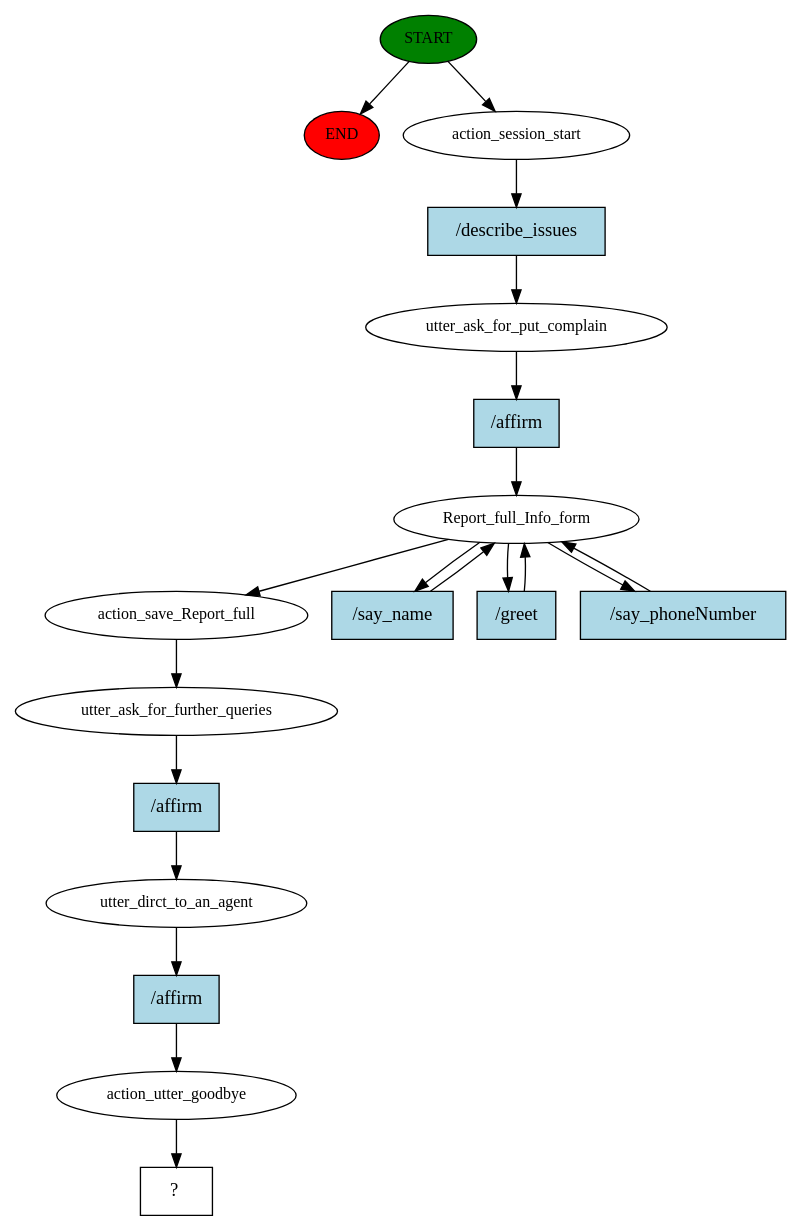
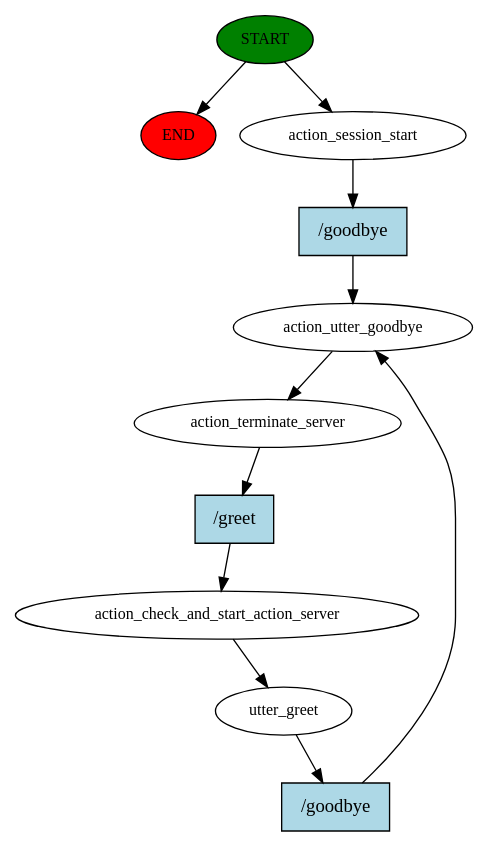
The diagram in rasaproject8/story_graph.dot (SewminaFernando/AggroDetect), drawn with Graphviz before and after one commit. The commit also changed 493 other files, not shown here.

Commit message:
adda new custom action to terminate the sever

```diff
--- a/rasaproject8/story_graph.dot
+++ b/rasaproject8/story_graph.dot
@@ -1,38 +1,22 @@
 digraph  {
 0 [class="start active", fillcolor=green, fontsize=12, label=START, style=filled];
 "-1" [class=end, fillcolor=red, fontsize=12, label=END, style=filled];
 1 [class=active, fontsize=12, label=action_session_start];
-2 [class=active, fontsize=12, label=utter_ask_for_put_complain];
-3 [class=active, fontsize=12, label=Report_full_Info_form];
-8 [class=active, fontsize=12, label=action_save_Report_full];
-9 [class=active, fontsize=12, label=utter_ask_for_further_queries];
-10 [class=active, fontsize=12, label=utter_dirct_to_an_agent];
-11 [class=active, fontsize=12, label=action_utter_goodbye];
-12 [class="intent dashed active", label="  ?  ", shape=rect];
-13 [class="intent active", fillcolor=lightblue, label="/describe_issues", shape=rect, style=filled];
-14 [class="intent active", fillcolor=lightblue, label="/affirm", shape=rect, style=filled];
-15 [class="intent active", fillcolor=lightblue, label="/say_name", shape=rect, style=filled];
-16 [class="intent active", fillcolor=lightblue, label="/greet", shape=rect, style=filled];
-17 [class="intent active", fillcolor=lightblue, label="/say_phoneNumber", shape=rect, style=filled];
-18 [class="intent active", fillcolor=lightblue, label="/affirm", shape=rect, style=filled];
-19 [class="intent active", fillcolor=lightblue, label="/affirm", shape=rect, style=filled];
+2 [class=active, fontsize=12, label=action_utter_goodbye];
+3 [class="active dashed", fontsize=12, label=action_terminate_server];
+4 [class=active, fontsize=12, label=action_check_and_start_action_server];
+5 [class=active, fontsize=12, label=utter_greet];
+8 [class="intent active", fillcolor=lightblue, label="/goodbye", shape=rect, style=filled];
+9 [class="intent active", fillcolor=lightblue, label="/greet", shape=rect, style=filled];
+10 [class="intent active", fillcolor=lightblue, label="/goodbye", shape=rect, style=filled];
 0 -> "-1"  [class="", key=NONE, label=""];
 0 -> 1  [class=active, key=NONE, label=""];
-1 -> 13  [class=active, key=0];
-2 -> 14  [class=active, key=0];
-3 -> 8  [class=active, key=NONE, label=""];
-3 -> 15  [class=active, key=0];
-3 -> 16  [class=active, key=0];
-3 -> 17  [class=active, key=0];
-8 -> 9  [class=active, key=NONE, label=""];
-9 -> 18  [class=active, key=0];
-10 -> 19  [class=active, key=0];
-11 -> 12  [class=active, key=NONE, label=""];
-13 -> 2  [class=active, key=0];
-14 -> 3  [class=active, key=0];
-15 -> 3  [class=active, key=0];
-16 -> 3  [class=active, key=0];
-17 -> 3  [class=active, key=0];
-18 -> 10  [class=active, key=0];
-19 -> 11  [class=active, key=0];
+1 -> 8  [class=active, key=0];
+2 -> 3  [class=active, key=NONE, label=""];
+3 -> 9  [class=active, key=0];
+4 -> 5  [class=active, key=NONE, label=""];
+5 -> 10  [class=active, key=0];
+8 -> 2  [class=active, key=0];
+9 -> 4  [class=active, key=0];
+10 -> 2  [class=active, key=0];
 }
```
